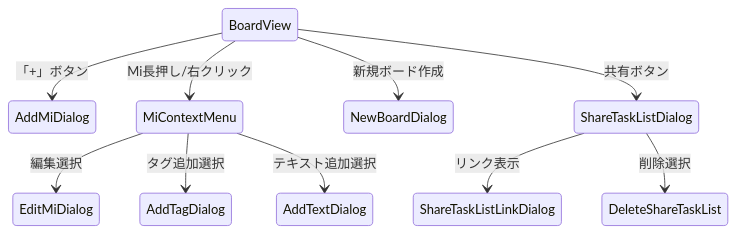
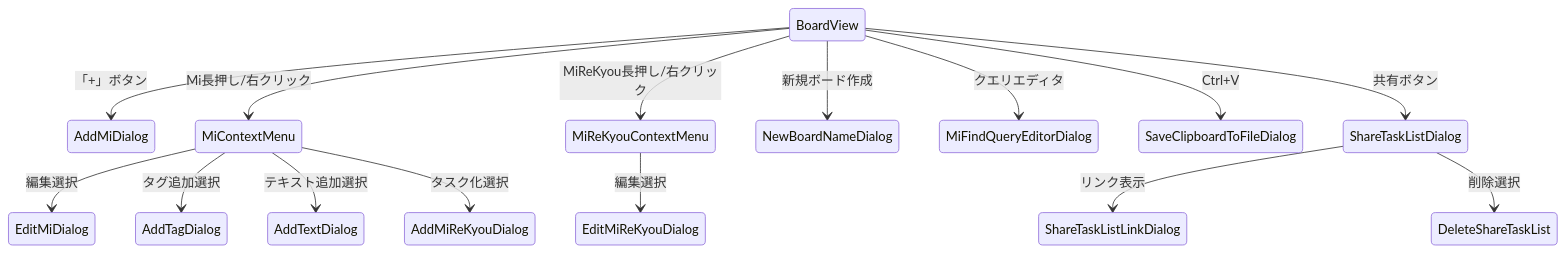
The fourth of 7 diagrams in documents/reverse/screen-transition.md (mt3hr/gkill), drawn with Mermaid before and after one commit. The commit also changed other lines of this file and 25 other files, not shown here.

````diff
--- a/documents/reverse/screen-transition.md
+++ b/documents/reverse/screen-transition.md
@@ -201,14 +253,20 @@
 ```mermaid
 stateDiagram-v2
     BoardView --> AddMiDialog: 「+」ボタン
     BoardView --> MiContextMenu: Mi長押し/右クリック
-    BoardView --> NewBoardDialog: 新規ボード作成
+    BoardView --> MiReKyouContextMenu: MiReKyou長押し/右クリック
+    BoardView --> NewBoardNameDialog: 新規ボード作成
+    BoardView --> MiFindQueryEditorDialog: クエリエディタ
+    BoardView --> SaveClipboardToFileDialog: Ctrl+V
 
     MiContextMenu --> EditMiDialog: 編集選択
     MiContextMenu --> AddTagDialog: タグ追加選択
     MiContextMenu --> AddTextDialog: テキスト追加選択
+    MiContextMenu --> AddMiReKyouDialog: タスク化選択
+
+    MiReKyouContextMenu --> EditMiReKyouDialog: 編集選択
 
     BoardView --> ShareTaskListDialog: 共有ボタン
     ShareTaskListDialog --> ShareTaskListLinkDialog: リンク表示
     ShareTaskListDialog --> DeleteShareTaskList: 削除選択
 ```
````
